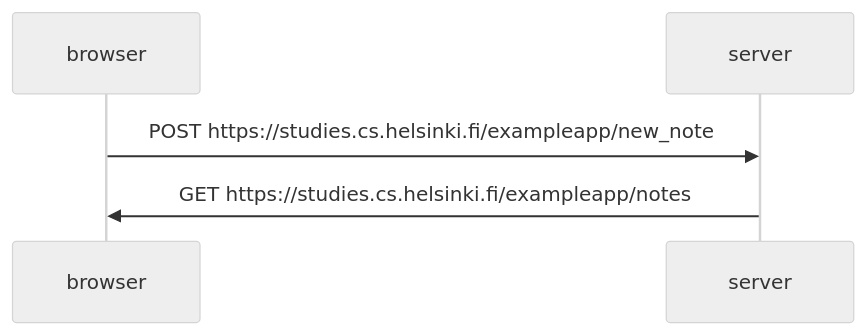
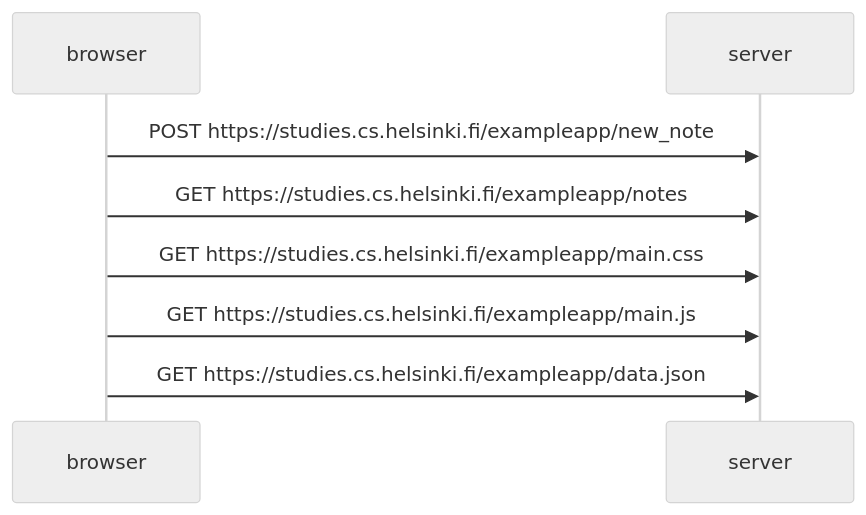
Before and after one commit to qcc42/fullstackopen: the diagram in test.md, drawn with Mermaid (neutral theme).

Commit message:
First draft of actual diagram for assignment 0.4.

````diff
--- a/test.md
+++ b/test.md
@@ -1,9 +1,13 @@
 ```mermaid
 sequenceDiagram
     participant browser
     participant server
 
     browser->>server: POST https://studies.cs.helsinki.fi/exampleapp/new_note
 
-    server->>browser: GET https://studies.cs.helsinki.fi/exampleapp/notes
+    browser->>server: GET https://studies.cs.helsinki.fi/exampleapp/notes
+    browser->>server: GET https://studies.cs.helsinki.fi/exampleapp/main.css
+    browser->>server: GET https://studies.cs.helsinki.fi/exampleapp/main.js
+    browser->>server: GET https://studies.cs.helsinki.fi/exampleapp/data.json
+
 ```
````
